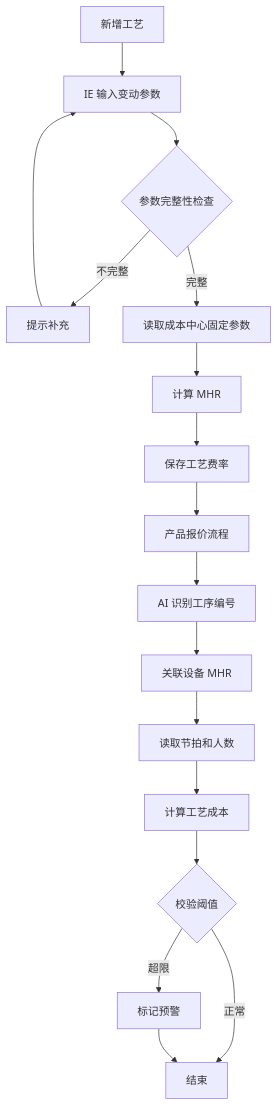
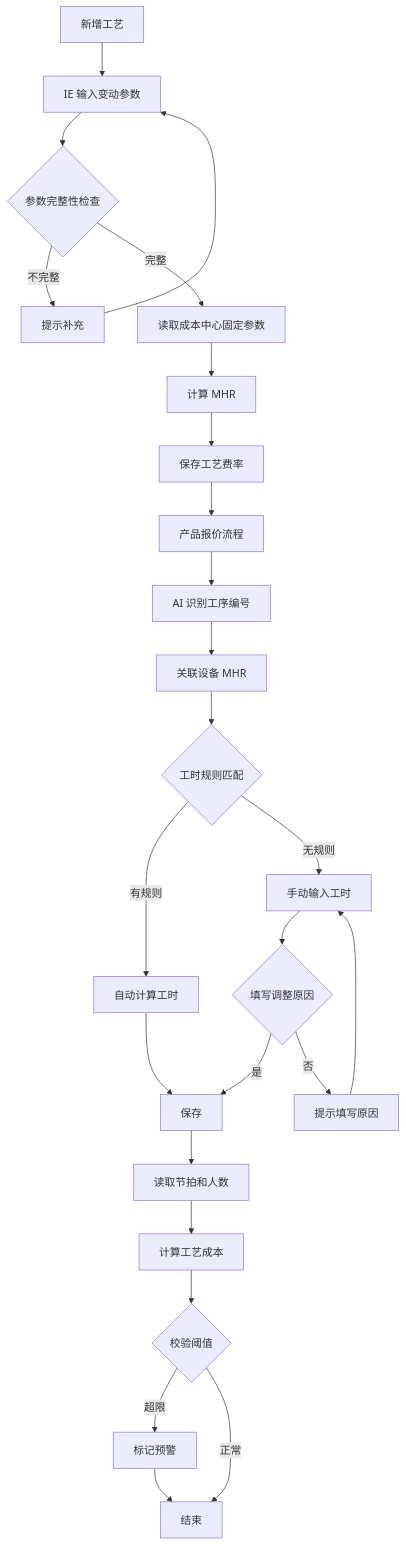
Before and after one commit to randyluo85/Quoting-Copilot: the diagram in docs/PROCESS_COST_LOGIC.md, drawn with Mermaid. The commit also changed other lines of this file, not shown here.

````diff
--- a/docs/PROCESS_COST_LOGIC.md
+++ b/docs/PROCESS_COST_LOGIC.md
@@ -489,20 +541,28 @@
 ```mermaid
 flowchart TD
     A[新增工艺] --> B[IE 输入变动参数]
     B --> C{参数完整性检查}
     C -->|不完整| D[提示补充]
     D --> B
     C -->|完整| E[读取成本中心固定参数]
     E --> F[计算 MHR]
     F --> G[保存工艺费率]
 
     G --> H[产品报价流程]
     H --> I[AI 识别工序编号]
     I --> J[关联设备 MHR]
-    J --> K[读取节拍和人数]
-    K --> L[计算工艺成本]
-    L --> M{校验阈值}
-    M -->|超限| N[标记预警]
-    M -->|正常| O[结束]
-    N --> O
+    J --> K{工时规则匹配}
+    K -->|有规则| L[自动计算工时]
+    K -->|无规则| M[手动输入工时]
+    M --> N{填写调整原因}
+    N -->|是| O[保存]
+    N -->|否| P[提示填写原因]
+    L --> O
+    P --> M
+    O --> Q[读取节拍和人数]
+    Q --> R[计算工艺成本]
+    R --> S{校验阈值}
+    S -->|超限| T[标记预警]
+    S -->|正常| U[结束]
+    T --> U
 ```
````
